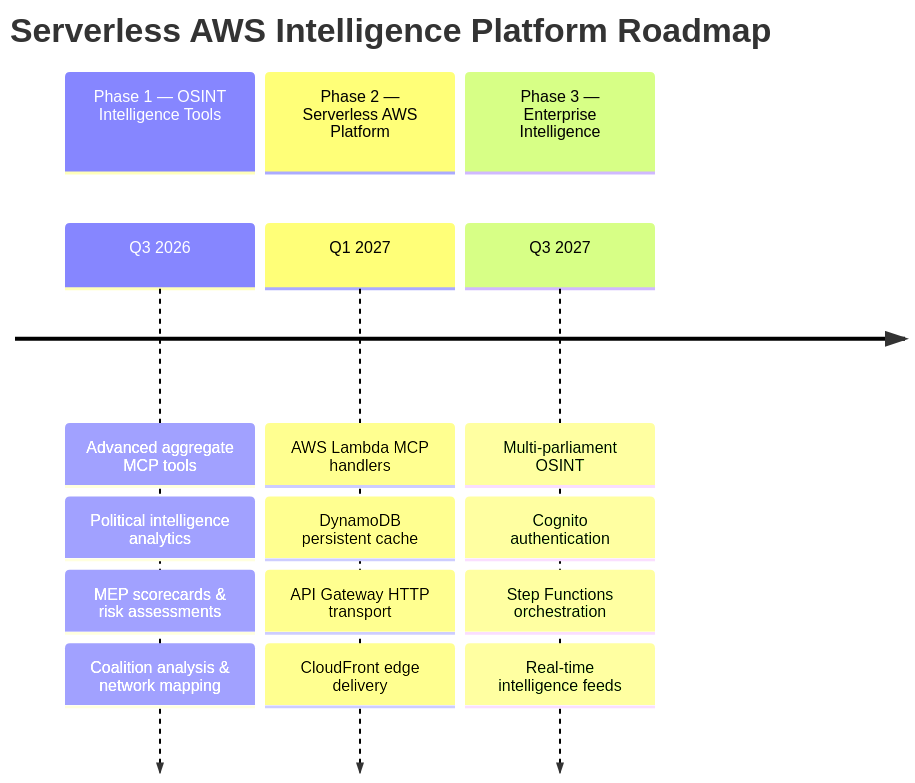
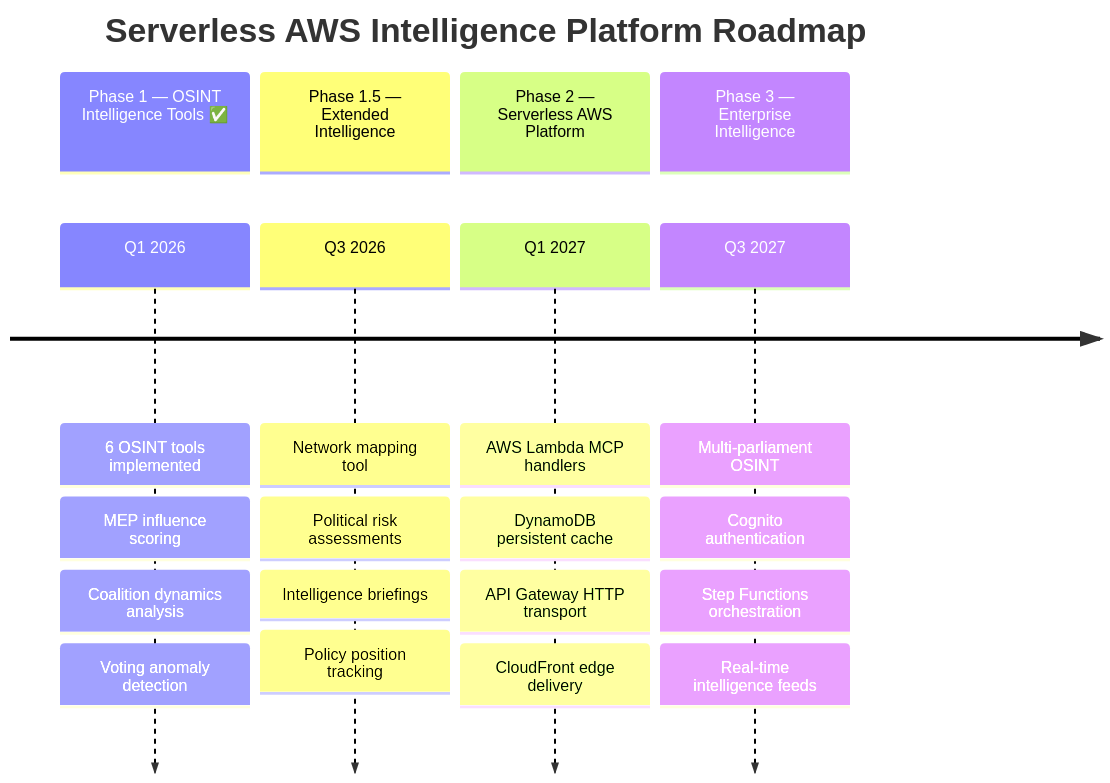
One commit to Hack23/European-Parliament-MCP-Server changed the first of 5 diagrams in FUTURE_ARCHITECTURE.md. Above: the diagram before and after it, drawn with Mermaid. The commit also changed other lines of this file and 3 other files, not shown here.

Commit message:
Create WORKFLOWS.md, update FUTURE_WORKFLOWS, FUTURE_ARCHITECTURE, FUTURE_DATA_MODEL

````diff
--- a/FUTURE_ARCHITECTURE.md
+++ b/FUTURE_ARCHITECTURE.md
@@ -54,19 +54,24 @@
 ```mermaid
 timeline
     title Serverless AWS Intelligence Platform Roadmap
-    section Phase 1 — OSINT Intelligence Tools
-        Q3 2026 : Advanced aggregate MCP tools
-                : Political intelligence analytics
-                : MEP scorecards & risk assessments
-                : Coalition analysis & network mapping
+    section Phase 1 — OSINT Intelligence Tools ✅
+        Q1 2026 : 6 OSINT tools implemented
+                : MEP influence scoring
+                : Coalition dynamics analysis
+                : Voting anomaly detection
+    section Phase 1.5 — Extended Intelligence
+        Q3 2026 : Network mapping tool
+                : Political risk assessments
+                : Intelligence briefings
+                : Policy position tracking
     section Phase 2 — Serverless AWS Platform
         Q1 2027 : AWS Lambda MCP handlers
                 : DynamoDB persistent cache
                 : API Gateway HTTP transport
                 : CloudFront edge delivery
     section Phase 3 — Enterprise Intelligence
         Q3 2027 : Multi-parliament OSINT
                 : Cognito authentication
                 : Step Functions orchestration
                 : Real-time intelligence feeds
 ```
````
